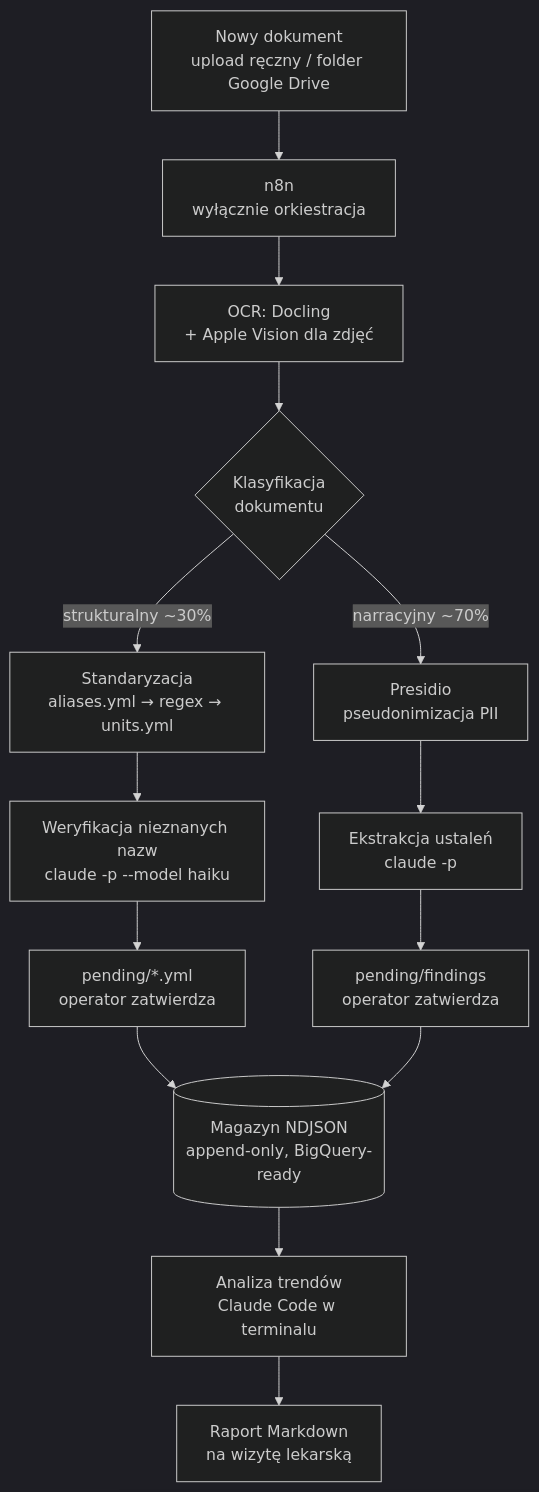
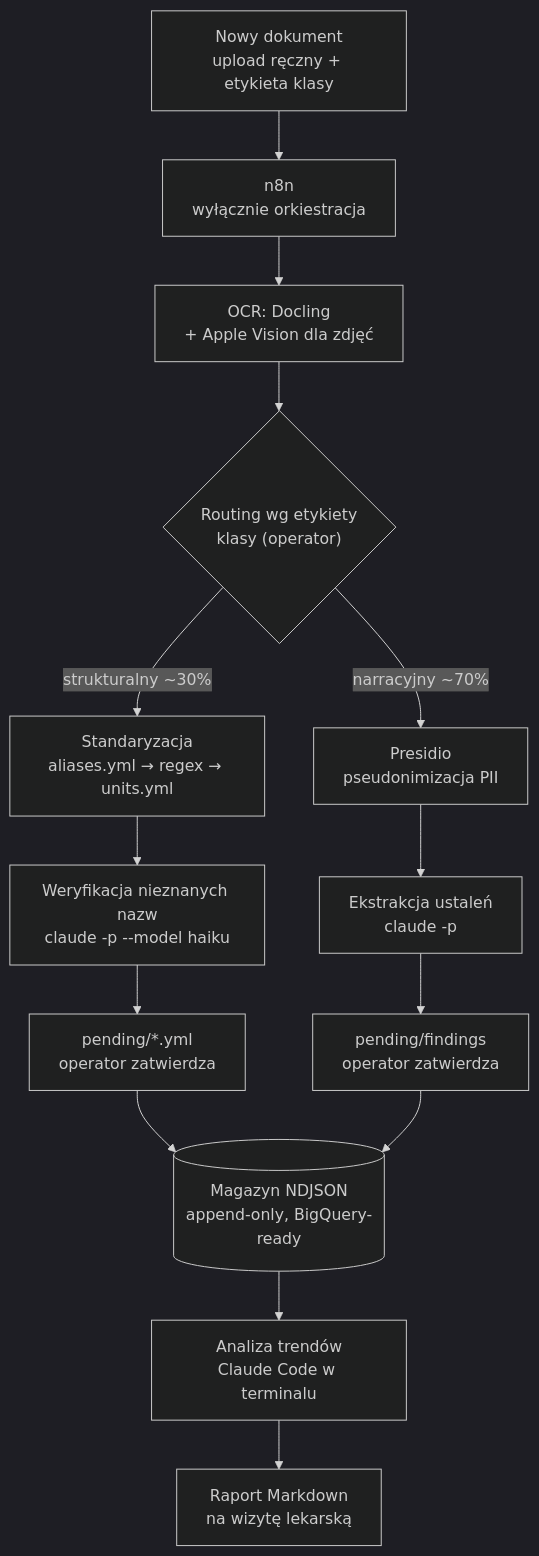
One commit to pmackowka/document-intelligence-platform changed the first of 5 diagrams in docs/roadmap.md. Above: the diagram before and after it, drawn with Mermaid (dark theme). The commit also changed 4 other files, not shown here.

First line of the commit message:
docs(prd v1.1): ręczny upload, klasyfikacja jako etykieta operatora

````diff
--- a/docs/roadmap.md
+++ b/docs/roadmap.md
@@ -17,18 +17,18 @@
 ```mermaid
 flowchart TD
-    IN["Nowy dokument<br>upload ręczny / folder Google Drive"] --> N8N["n8n<br>wyłącznie orkiestracja"]
+    IN["Nowy dokument<br>upload ręczny + etykieta klasy"] --> N8N["n8n<br>wyłącznie orkiestracja"]
     N8N --> OCR["OCR: Docling<br>+ Apple Vision dla zdjęć"]
-    OCR --> CLS{"Klasyfikacja<br>dokumentu"}
+    OCR --> CLS{"Routing wg etykiety<br>klasy (operator)"}
 
     CLS -->|"strukturalny ~30%"| ST["Standaryzacja<br>aliases.yml → regex → units.yml"]
     ST --> AV["Weryfikacja nieznanych nazw<br>claude -p --model haiku"]
     AV --> PA["pending/*.yml<br>operator zatwierdza"]
 
     CLS -->|"narracyjny ~70%"| PR["Presidio<br>pseudonimizacja PII"]
     PR --> EX["Ekstrakcja ustaleń<br>claude -p"]
     EX --> PF["pending/findings<br>operator zatwierdza"]
 
     PA & PF --> D[("Magazyn NDJSON<br>append-only, BigQuery-ready")]
     D --> AN["Analiza trendów<br>Claude Code w terminalu"]
     AN --> RP["Raport Markdown<br>na wizytę lekarską"]
 ```
````
